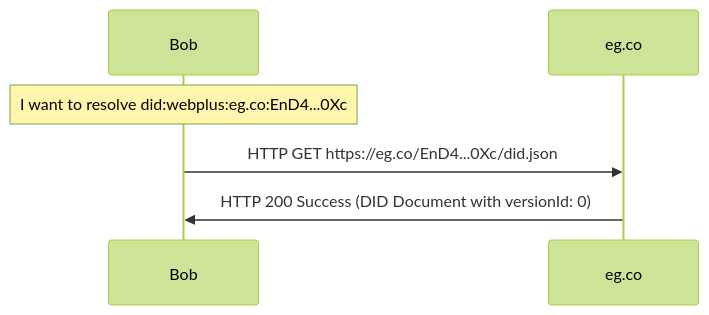
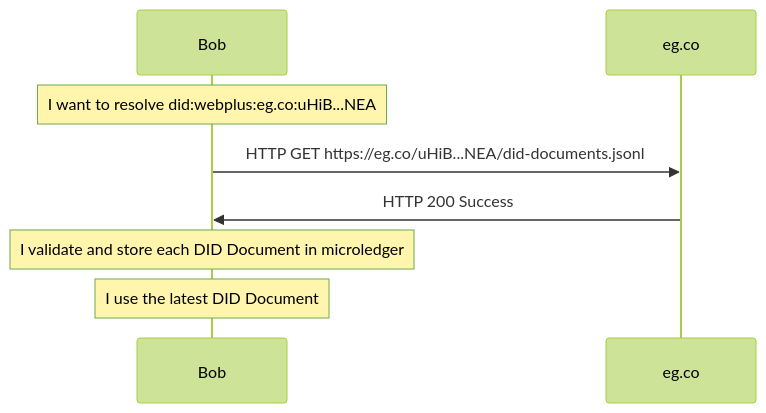
The second of 26 diagrams in spec.md (LedgerDomain/did-webplus-spec), drawn with Mermaid (forest theme) before and after one commit. The commit also changed other lines of this file and 3 other files, not shown here.

````diff
--- a/spec.md
+++ b/spec.md
@@ -308,6 +266,8 @@
 ```mermaid
 sequenceDiagram
-    Note over Bob: I want to resolve did:webplus:eg.co:EnD4...0Xc
-    Bob->>eg.co: HTTP GET https://eg.co/EnD4...0Xc/did.json
-    eg.co->>Bob: HTTP 200 Success (DID Document with versionId: 0)
+    Note over Bob: I want to resolve did:webplus:eg.co:uHiB...NEA
+    Bob->>eg.co: HTTP GET https://eg.co/uHiB...NEA/did-documents.jsonl
+    eg.co->>Bob: HTTP 200 Success
+    Note over Bob: I validate and store each DID Document in microledger
+    Note over Bob: I use the latest DID Document
 ```
````
